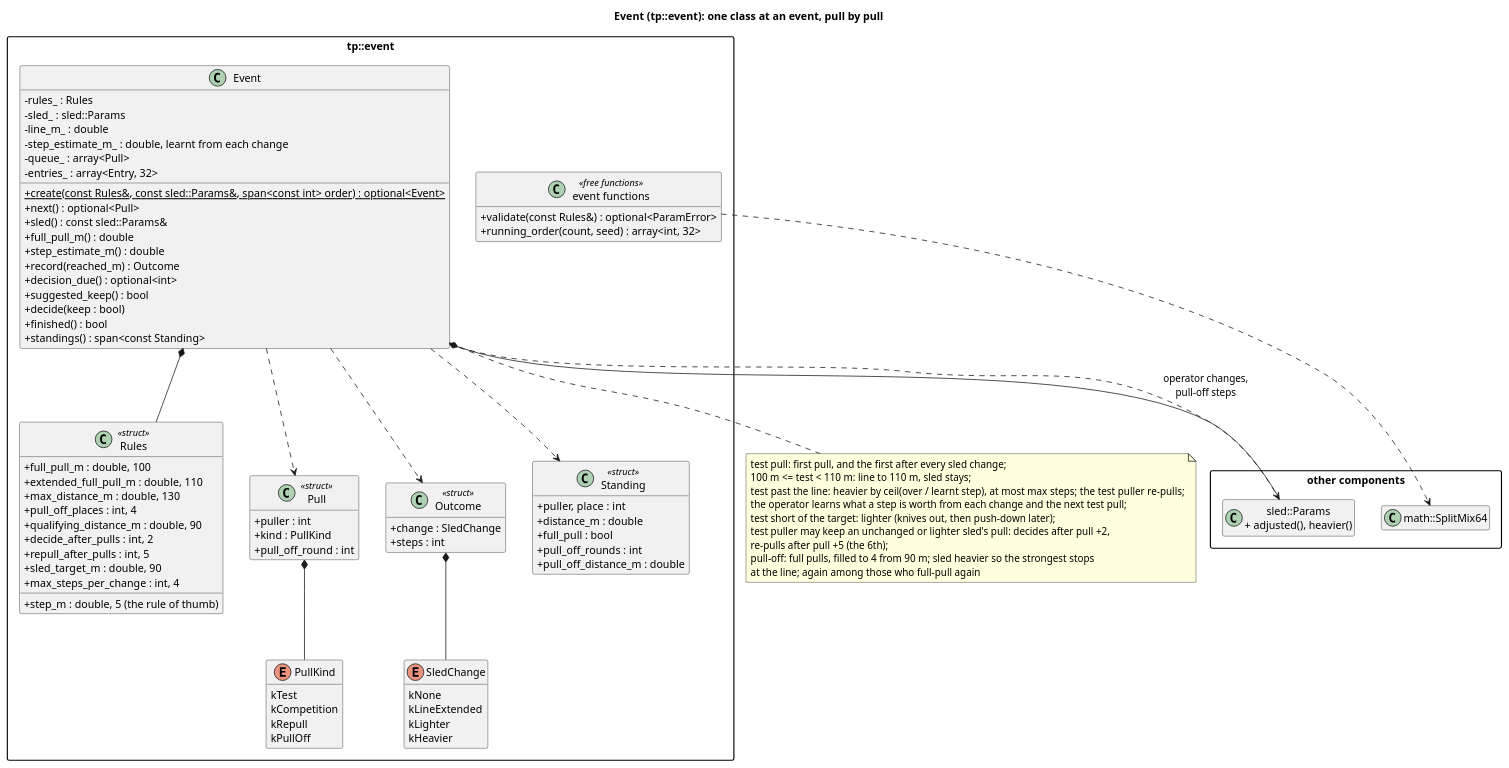
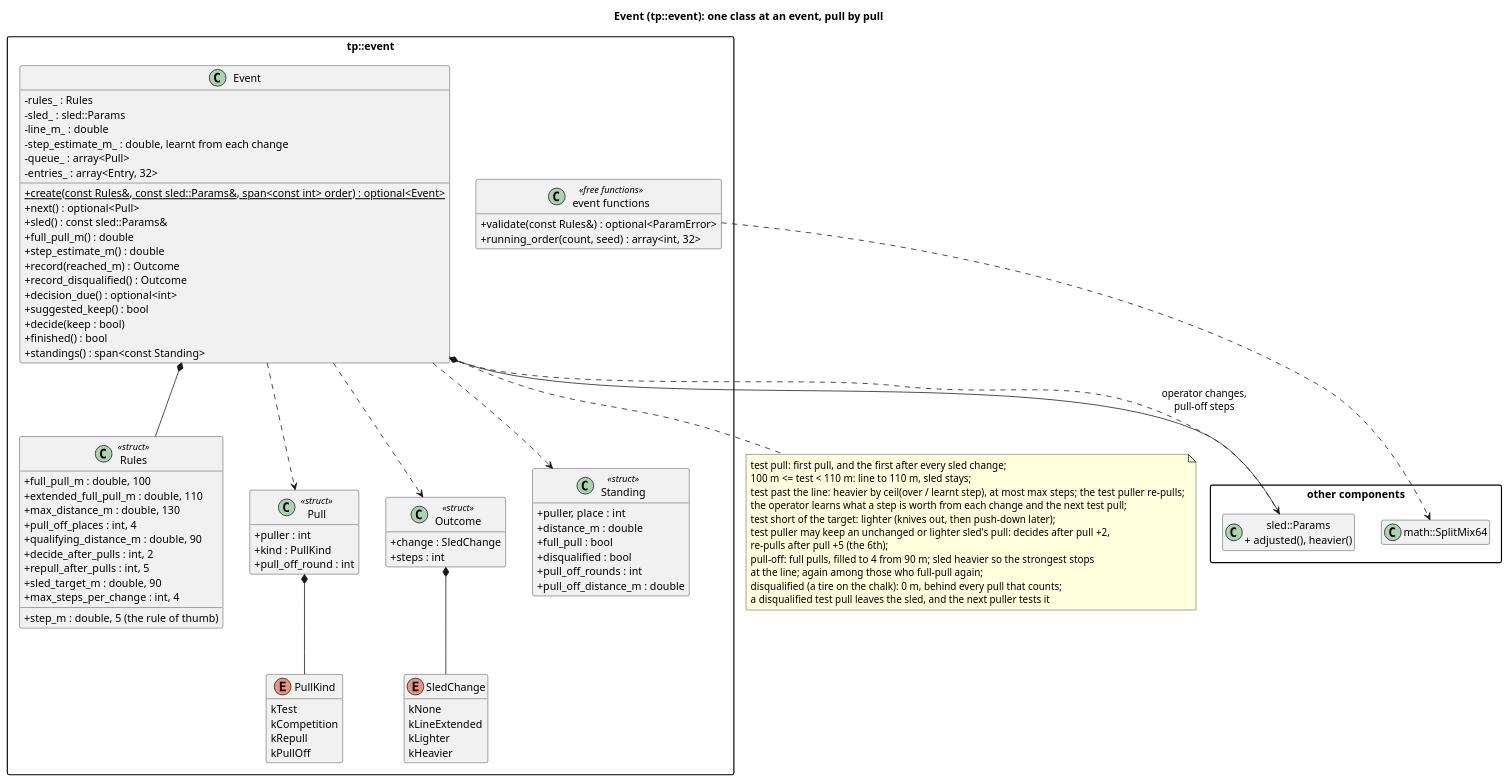
The diagram in docs/diagrams/event_classes.puml (wversteeg/TractorPulling), drawn with PlantUML before and after one commit. The commit also changed 20 other files, not shown here.

```diff
--- a/docs/diagrams/event_classes.puml
+++ b/docs/diagrams/event_classes.puml
@@ -1,97 +1,101 @@
 @startuml event_classes
 title Event (tp::event): one class at an event, pull by pull
 hide empty members
 skinparam packageStyle rectangle
 skinparam classAttributeIconSize 0
 
 package "other components" {
   class "sled::Params\n+ adjusted(), heavier()" as Sled
   class "math::SplitMix64" as Random
 }
 
 package "tp::event" {
   class Rules <<struct>> {
     +full_pull_m : double, 100
     +extended_full_pull_m : double, 110
     +max_distance_m : double, 130
     +pull_off_places : int, 4
     +qualifying_distance_m : double, 90
     +decide_after_pulls : int, 2
     +repull_after_pulls : int, 5
     +sled_target_m : double, 90
     +step_m : double, 5 (the rule of thumb)
     +max_steps_per_change : int, 4
   }
   class Pull <<struct>> {
     +puller : int
     +kind : PullKind
     +pull_off_round : int
   }
   enum PullKind {
     kTest
     kCompetition
     kRepull
     kPullOff
   }
   enum SledChange {
     kNone
     kLineExtended
     kLighter
     kHeavier
   }
   class Outcome <<struct>> {
     +change : SledChange
     +steps : int
   }
   class Standing <<struct>> {
     +puller, place : int
     +distance_m : double
     +full_pull : bool
+    +disqualified : bool
     +pull_off_rounds : int
     +pull_off_distance_m : double
   }
   class Event {
     -rules_ : Rules
     -sled_ : sled::Params
     -line_m_ : double
     -step_estimate_m_ : double, learnt from each change
     -queue_ : array<Pull>
     -entries_ : array<Entry, 32>
     +{static} create(const Rules&, const sled::Params&, span<const int> order) : optional<Event>
     +next() : optional<Pull>
     +sled() : const sled::Params&
     +full_pull_m() : double
     +step_estimate_m() : double
     +record(reached_m) : Outcome
+    +record_disqualified() : Outcome
     +decision_due() : optional<int>
     +suggested_keep() : bool
     +decide(keep : bool)
     +finished() : bool
     +standings() : span<const Standing>
   }
   class "event functions" as EventFns <<free functions>> {
     +validate(const Rules&) : optional<ParamError>
     +running_order(count, seed) : array<int, 32>
   }
   Event *-- Rules
   Event ..> Pull
   Event ..> Outcome
   Event ..> Standing
   Pull *-- PullKind
   Outcome *-- SledChange
 }
 Event *-- Sled
 Event ..> Sled : operator changes,\npull-off steps
 EventFns ..> Random
 note bottom of Event
   test pull: first pull, and the first after every sled change;
   100 m <= test < 110 m: line to 110 m, sled stays;
   test past the line: heavier by ceil(over / learnt step), at most max steps; the test puller re-pulls;
   the operator learns what a step is worth from each change and the next test pull;
   test short of the target: lighter (knives out, then push-down later);
   test puller may keep an unchanged or lighter sled's pull: decides after pull +2,
   re-pulls after pull +5 (the 6th);
   pull-off: full pulls, filled to 4 from 90 m; sled heavier so the strongest stops
-  at the line; again among those who full-pull again
+  at the line; again among those who full-pull again;
+  disqualified (a tire on the chalk): 0 m, behind every pull that counts;
+  a disqualified test pull leaves the sled, and the next puller tests it
 end note
 @enduml
```
